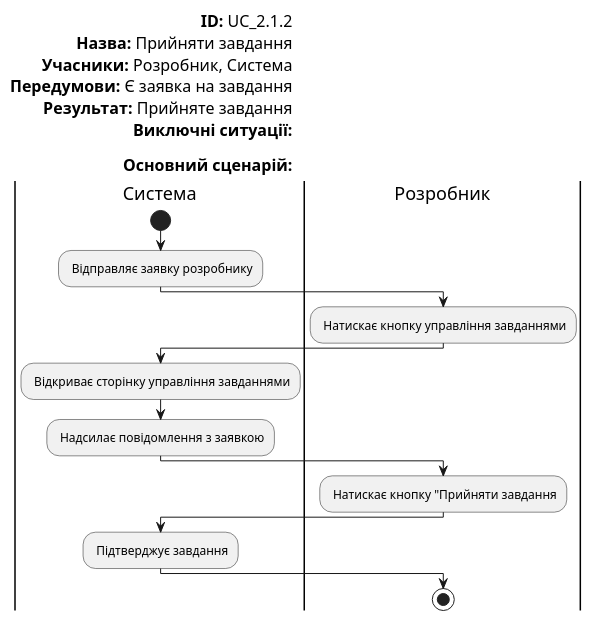
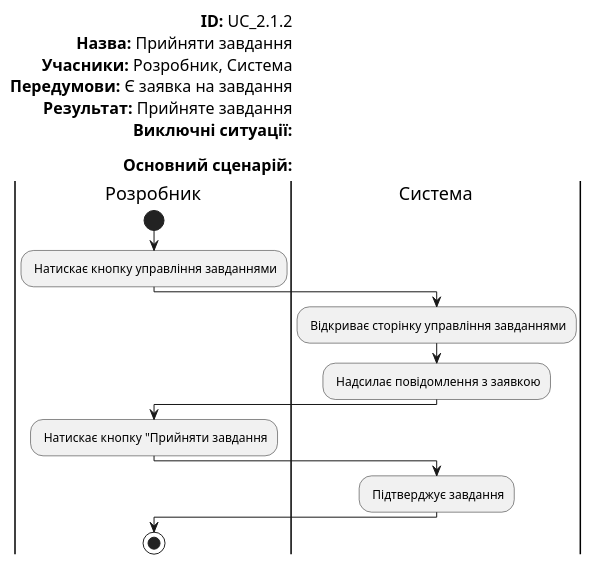
Before and after one commit to boldak/edu-db-cw: the eighth of 19 diagrams in docs/use cases/README.md, drawn with PlantUML. The commit also changed other lines of this file, not shown here.

Commit message:
change scripts

```diff
--- a/docs/use cases/README.md
+++ b/docs/use cases/README.md
@@ -281,27 +281,27 @@
 @startuml
 
     left header
     <font color=000 size=16><b>ID:</b> UC_2.1.2
     <font color=000 size=16><b>Назва:</b> Прийняти завдання
     <font color=000 size=16><b>Учасники:</b> Розробник, Система
     <font color=000 size=16><b>Передумови:</b> Є заявка на завдання
     <font color=000 size=16><b>Результат:</b> Прийняте завдання
     <font color=000 size=16><b>Виключні ситуації:</b>
 
     <font color=000 size=16><b>Основний сценарій:</b>
 end header
-    |Система|
+
+        
+    |Розробник|
         start
-        : Відправляє заявку розробнику;
-    |Розробник|
         : Натискає кнопку управління завданнями;
     |Система|
         : Відкриває сторінку управління завданнями;
         : Надсилає повідомлення з заявкою;
     |Розробник|
         : Натискає кнопку "Прийняти завдання;
     |Система|   
         : Підтверджує завдання;
     |Розробник|
         stop;
 @enduml
```
